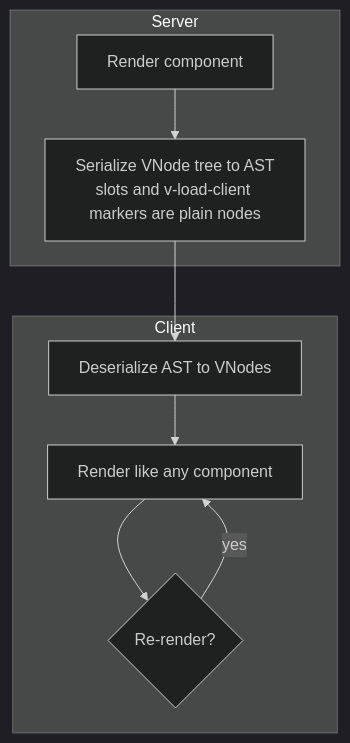
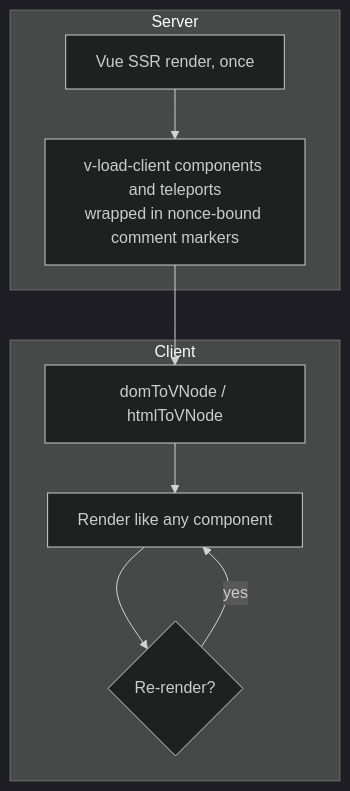
Before and after one commit to huang-julien/vue-onigiri: the second of 2 diagrams in README.md, drawn with Mermaid (dark theme). The commit also changed other lines of this file and 304 other files, not shown here.

````diff
--- a/README.md
+++ b/README.md
@@ -44,12 +44,12 @@
 ```mermaid
 flowchart TB
   subgraph server [Server]
-    A[Render component] --> B["Serialize VNode tree to AST<br/>slots and v-load-client markers are plain nodes"]
+    A["Vue SSR render, once"] --> B["v-load-client components and teleports<br/>wrapped in nonce-bound comment markers"]
   end
   subgraph client [Client]
-    C[Deserialize AST to VNodes] --> D[Render like any component]
+    C["domToVNode / htmlToVNode"] --> D[Render like any component]
     D --> E{Re-render?}
     E -- yes --> D
   end
   B --> C
 ```
````
